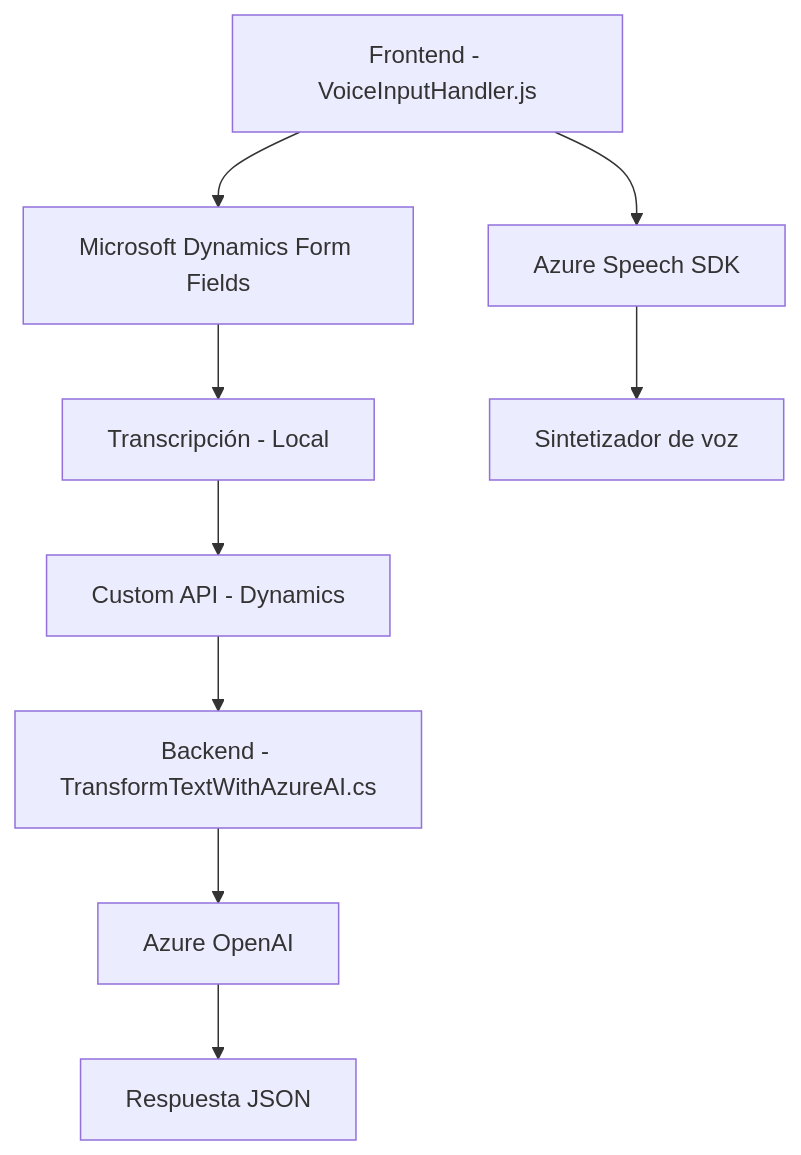
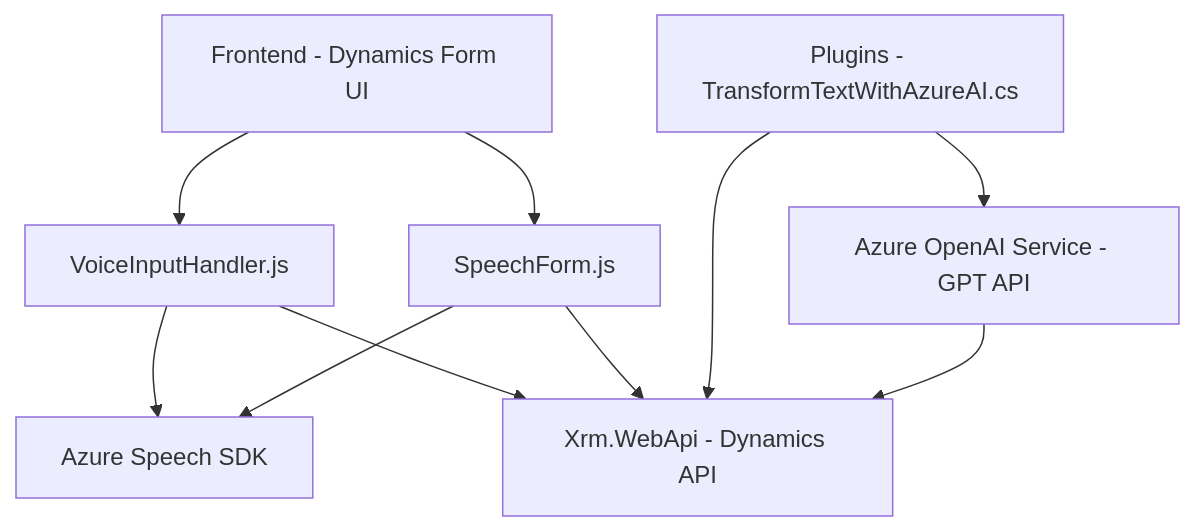
Before and after one commit to blopezdm/NETCORE_BILBAO2025: the diagram in README.md, drawn with Mermaid. The commit also changed other lines of this file, not shown here.

````diff
--- a/README.md
+++ b/README.md
@@ -33,11 +58,20 @@
 ```mermaid
 graph TD
-  A["Frontend - VoiceInputHandler.js"] --> B["Azure Speech SDK"]
-  A --> C["Microsoft Dynamics Form Fields"]
-  C --> D["Transcripción - Local"]
-  B --> E["Sintetizador de voz"]
-  D --> F["Custom API - Dynamics"]
-  F --> G["Backend - TransformTextWithAzureAI.cs"]
-  G --> H["Azure OpenAI"]
-  H --> I["Respuesta JSON"]
+    A["Frontend - Dynamics Form UI"]
+    B["VoiceInputHandler.js"]
+    C["SpeechForm.js"]
+    D["Azure Speech SDK"]
+    E["Plugins - TransformTextWithAzureAI.cs"]
+    F["Azure OpenAI Service - GPT API"]
+    G["Xrm.WebApi - Dynamics API"]
+
+    A --> B
+    A --> C
+    B --> D
+    C --> D
+    B --> G
+    C --> G
+    E --> G
+    E --> F
+    F --> G
 ```
````
